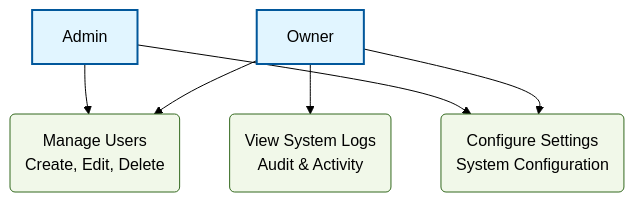
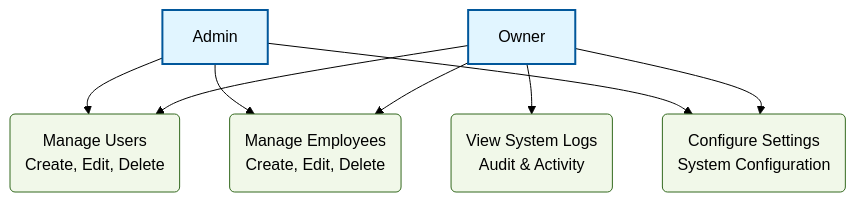
The diagram in doc/diagrams/dashboard-use-cases-system.mmd (ngdzu/atelier2), drawn with Mermaid (forest theme) before and after one commit. The commit also changed 16 other files, not shown here.

```diff
--- a/doc/diagrams/dashboard-use-cases-system.mmd
+++ b/doc/diagrams/dashboard-use-cases-system.mmd
@@ -1,28 +1,31 @@
 %% Dashboard Management System - System Management Use Cases
 %% Detailed use cases for System Management module
 
 graph TB
     %% Actors (rectangles)
     Owner[Owner]
     Admin[Admin]
     
     %% Use Cases (rounded rectangles - closest to UML ellipses)
     UC1(Manage Users<br/>Create, Edit, Delete)
-    UC2(Configure Settings<br/>System Configuration)
-    UC3(View System Logs<br/>Audit & Activity)
+    UC2(Manage Employees<br/>Create, Edit, Delete)
+    UC3(Configure Settings<br/>System Configuration)
+    UC4(View System Logs<br/>Audit & Activity)
     
     %% Owner relationships
     Owner --> UC1
     Owner --> UC2
     Owner --> UC3
+    Owner --> UC4
     
     %% Admin relationships
     Admin --> UC1
     Admin --> UC2
+    Admin --> UC3
     
     %% Styling
     classDef actor fill:#e1f5ff,stroke:#01579b,stroke-width:2px,color:#000000
     classDef usecase fill:#f1f8e9,stroke:#33691e,stroke-width:1px,color:#000000
     
     class Owner,Admin actor
-    class UC1,UC2,UC3 usecase
+    class UC1,UC2,UC3,UC4 usecase
```
